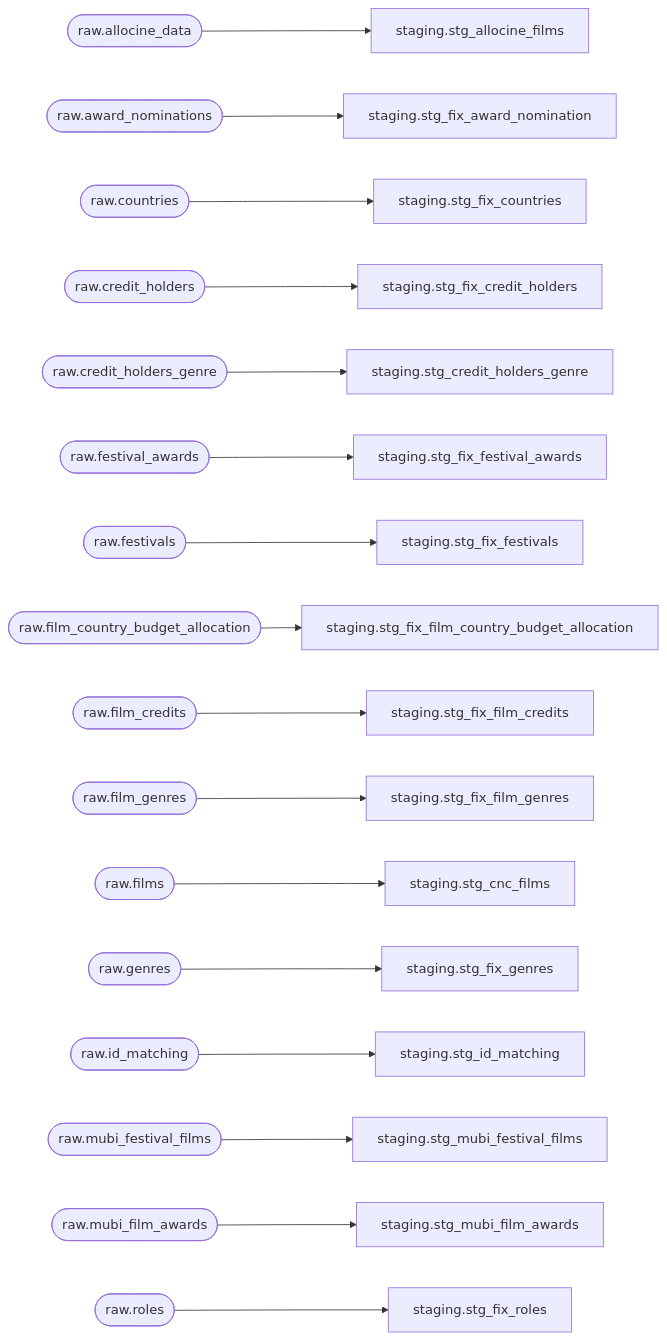
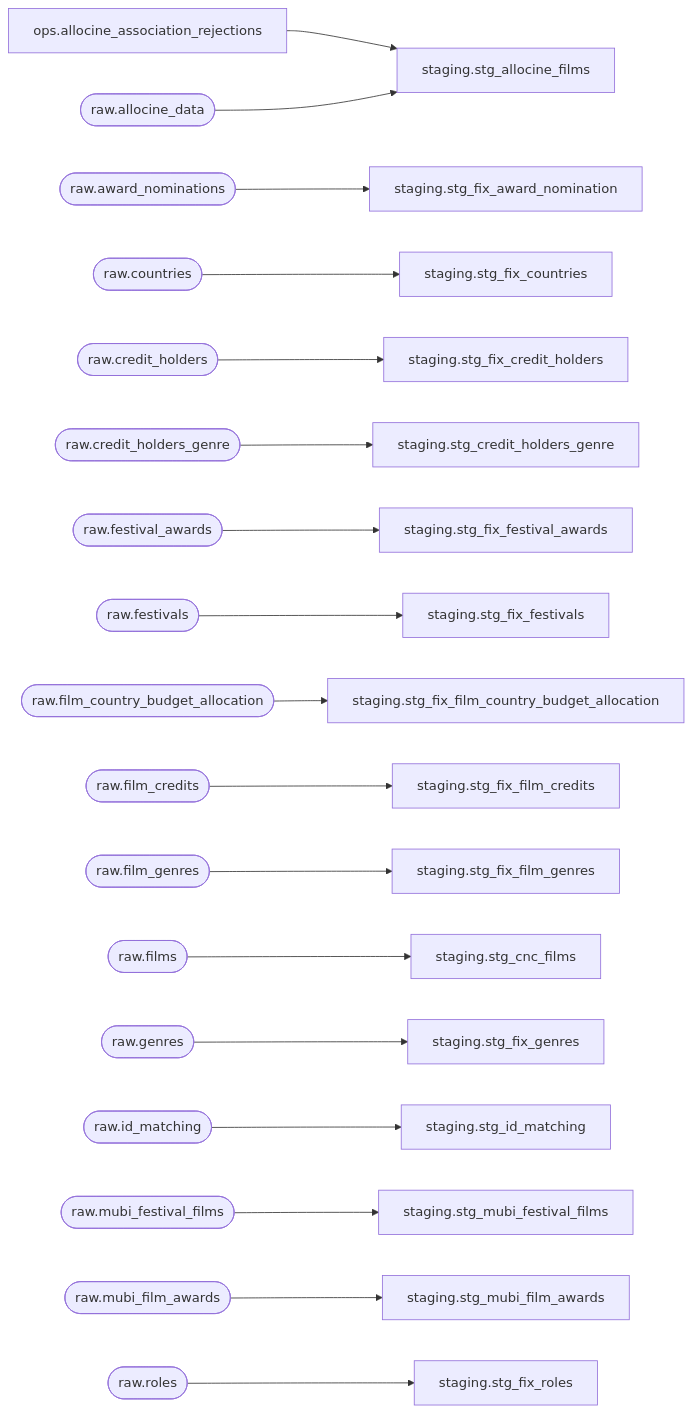
One commit to Le-Collectif-50-50/cinestats-5050 changed the fifth of 5 diagrams in docs/dbt-lineage.md. Above: the diagram before and after it, drawn with Mermaid. The commit also changed other lines of this file, not shown here.

````diff
--- a/docs/dbt-lineage.md
+++ b/docs/dbt-lineage.md
@@ -301,51 +315,53 @@
 ```mermaid
 flowchart LR
-  n28["staging.stg_allocine_films"]
-  n29["staging.stg_cnc_films"]
-  n30["staging.stg_credit_holders_genre"]
-  n31["staging.stg_fix_award_nomination"]
-  n32["staging.stg_fix_countries"]
-  n33["staging.stg_fix_credit_holders"]
-  n34["staging.stg_fix_festival_awards"]
-  n35["staging.stg_fix_festivals"]
-  n36["staging.stg_fix_film_country_budget_allocation"]
-  n37["staging.stg_fix_film_credits"]
-  n38["staging.stg_fix_film_genres"]
-  n39["staging.stg_fix_genres"]
-  n40["staging.stg_fix_roles"]
-  n41["staging.stg_id_matching"]
-  n42["staging.stg_mubi_festival_films"]
-  n43["staging.stg_mubi_film_awards"]
-  n46(["raw.allocine_data"])
-  n47(["raw.award_nominations"])
-  n48(["raw.countries"])
-  n49(["raw.credit_holders"])
-  n50(["raw.credit_holders_genre"])
-  n51(["raw.festival_awards"])
-  n52(["raw.festivals"])
-  n53(["raw.film_country_budget_allocation"])
-  n54(["raw.film_credits"])
-  n55(["raw.film_genres"])
-  n56(["raw.films"])
-  n57(["raw.genres"])
-  n58(["raw.id_matching"])
-  n59(["raw.mubi_festival_films"])
-  n60(["raw.mubi_film_awards"])
-  n61(["raw.roles"])
-  n46 --> n28
-  n47 --> n31
-  n48 --> n32
-  n49 --> n33
-  n50 --> n30
+  n30["staging.stg_allocine_films"]
+  n31["staging.stg_cnc_films"]
+  n32["staging.stg_credit_holders_genre"]
+  n33["staging.stg_fix_award_nomination"]
+  n34["staging.stg_fix_countries"]
+  n35["staging.stg_fix_credit_holders"]
+  n36["staging.stg_fix_festival_awards"]
+  n37["staging.stg_fix_festivals"]
+  n38["staging.stg_fix_film_country_budget_allocation"]
+  n39["staging.stg_fix_film_credits"]
+  n40["staging.stg_fix_film_genres"]
+  n41["staging.stg_fix_genres"]
+  n42["staging.stg_fix_roles"]
+  n43["staging.stg_id_matching"]
+  n44["staging.stg_mubi_festival_films"]
+  n45["staging.stg_mubi_film_awards"]
+  n47["ops.allocine_association_rejections"]
+  n49(["raw.allocine_data"])
+  n50(["raw.award_nominations"])
+  n51(["raw.countries"])
+  n52(["raw.credit_holders"])
+  n53(["raw.credit_holders_genre"])
+  n54(["raw.festival_awards"])
+  n55(["raw.festivals"])
+  n56(["raw.film_country_budget_allocation"])
+  n57(["raw.film_credits"])
+  n58(["raw.film_genres"])
+  n59(["raw.films"])
+  n60(["raw.genres"])
+  n61(["raw.id_matching"])
+  n62(["raw.mubi_festival_films"])
+  n63(["raw.mubi_film_awards"])
+  n64(["raw.roles"])
+  n47 --> n30
+  n49 --> n30
+  n50 --> n33
   n51 --> n34
   n52 --> n35
-  n53 --> n36
-  n54 --> n37
-  n55 --> n38
-  n56 --> n29
+  n53 --> n32
+  n54 --> n36
+  n55 --> n37
+  n56 --> n38
   n57 --> n39
-  n58 --> n41
-  n59 --> n42
-  n60 --> n43
-  n61 --> n40
+  n58 --> n40
+  n59 --> n31
+  n60 --> n41
+  n61 --> n43
+  n62 --> n44
+  n63 --> n45
+  n64 --> n42
 ```
````
